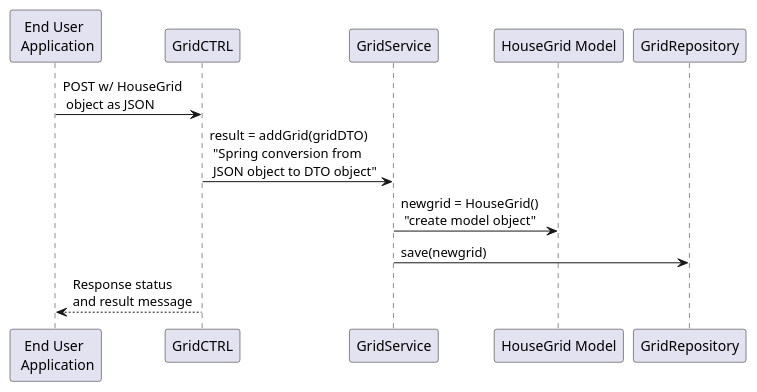
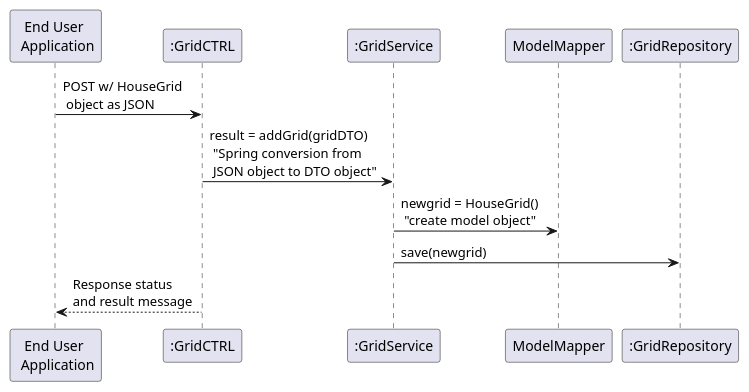
One commit to emanuel-pereira/hou changed the diagram in src/main/java/smarthome/controller/rest/sequenceDiagrams/sd_CreateHouseGrids.puml. Above: the diagram before and after it, drawn with PlantUML. The commit also changed 1 other file, not shown here.

Commit message:
Addresses #233: - POST sequence diagram update;

```diff
--- a/src/main/java/smarthome/controller/rest/sequenceDiagrams/sd_CreateHouseGrids.puml
+++ b/src/main/java/smarthome/controller/rest/sequenceDiagrams/sd_CreateHouseGrids.puml
@@ -1,11 +1,11 @@
 @startuml
-"End User \n Application" -> "GridCTRL": POST w/ HouseGrid \n object as JSON
+"End User \n Application" -> ":GridCTRL": POST w/ HouseGrid \n object as JSON
 
-"GridCTRL" -> "GridService" : result = addGrid(gridDTO) \n "Spring conversion from \n JSON object to DTO object"
+":GridCTRL" -> ":GridService" : result = addGrid(gridDTO) \n "Spring conversion from \n JSON object to DTO object"
 
-"GridService" -> "HouseGrid Model" : newgrid = HouseGrid() \n "create model object"
+":GridService" -> "ModelMapper" : newgrid = HouseGrid() \n "create model object"
 
-"GridService" -> "GridRepository" : save(newgrid)
+":GridService" -> ":GridRepository" : save(newgrid)
 
-"GridCTRL" --> "End User \n Application" : Response status \nand result message
+":GridCTRL" --> "End User \n Application" : Response status \nand result message
 @enduml
```
